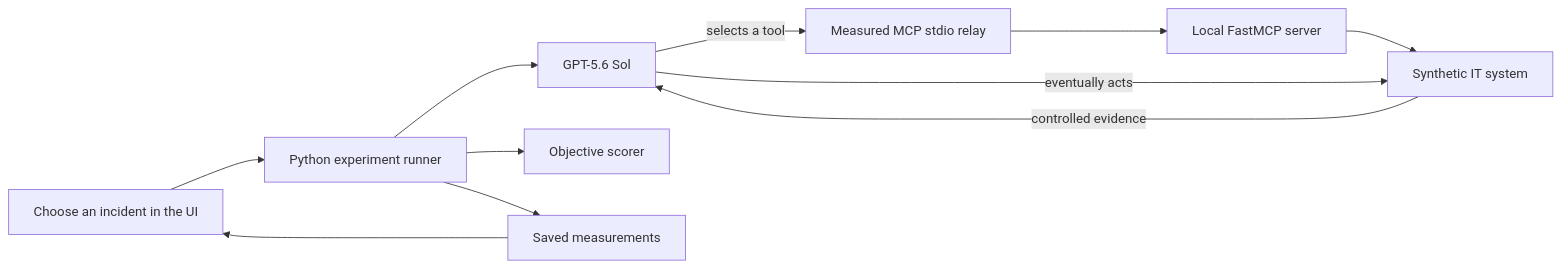
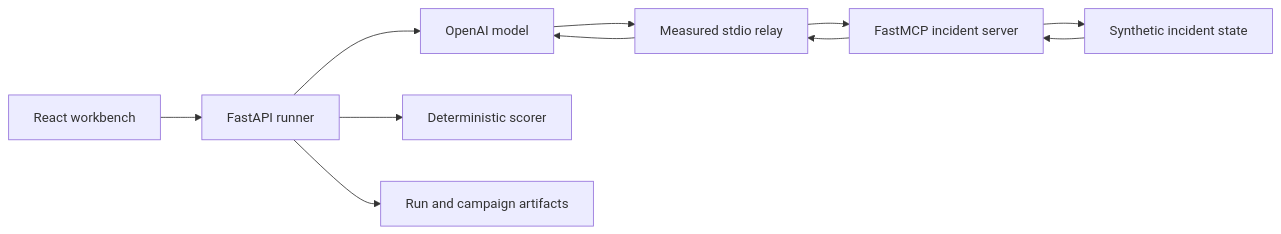
One commit to madhavpr191221/agentic-ai-statistics changed the diagram in README.md. Above: the diagram before and after it, drawn with Mermaid. The commit also changed other lines of this file and 77 other files, not shown here.

````diff
--- a/README.md
+++ b/README.md
@@ -29,13 +50,13 @@
 ```mermaid
 flowchart LR
-    User[Choose an incident in the UI] --> API[Python experiment runner]
-    API --> Model[GPT-5.6 Sol]
-    Model -->|selects a tool| Relay[Measured MCP stdio relay]
-    Relay --> Server[Local FastMCP server]
-    Server --> World[Synthetic IT system]
-    World -->|controlled evidence| Model
-    Model -->|eventually acts| World
-    API --> Score[Objective scorer]
-    API --> Artifacts[Saved measurements]
-    Artifacts --> User
+    User[React workbench] --> API[FastAPI runner]
+    API --> Model[OpenAI model]
+    Model --> Relay[Measured stdio relay]
+    Relay --> MCP[FastMCP incident server]
+    MCP --> World[Synthetic incident state]
+    World --> MCP
+    MCP --> Relay
+    Relay --> Model
+    API --> Score[Deterministic scorer]
+    API --> Artifacts[Run and campaign artifacts]
 ```
````
